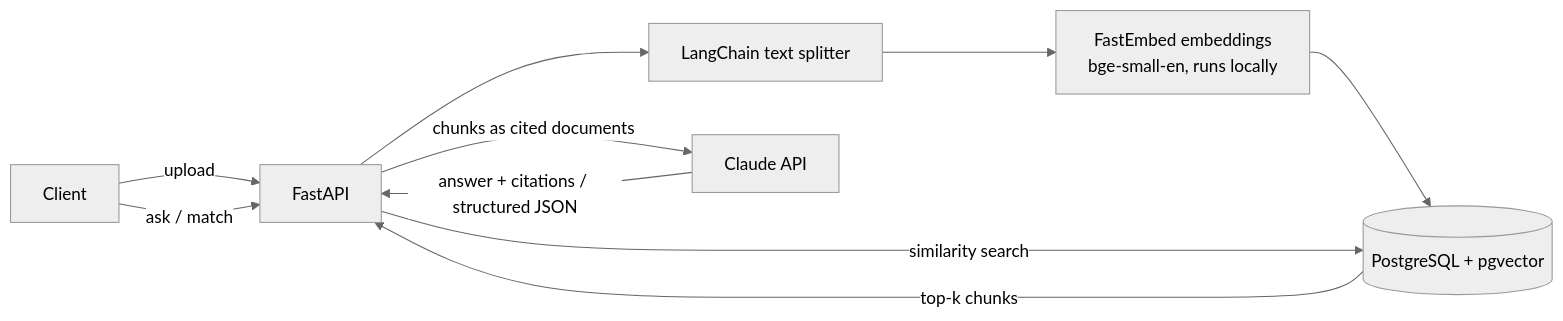
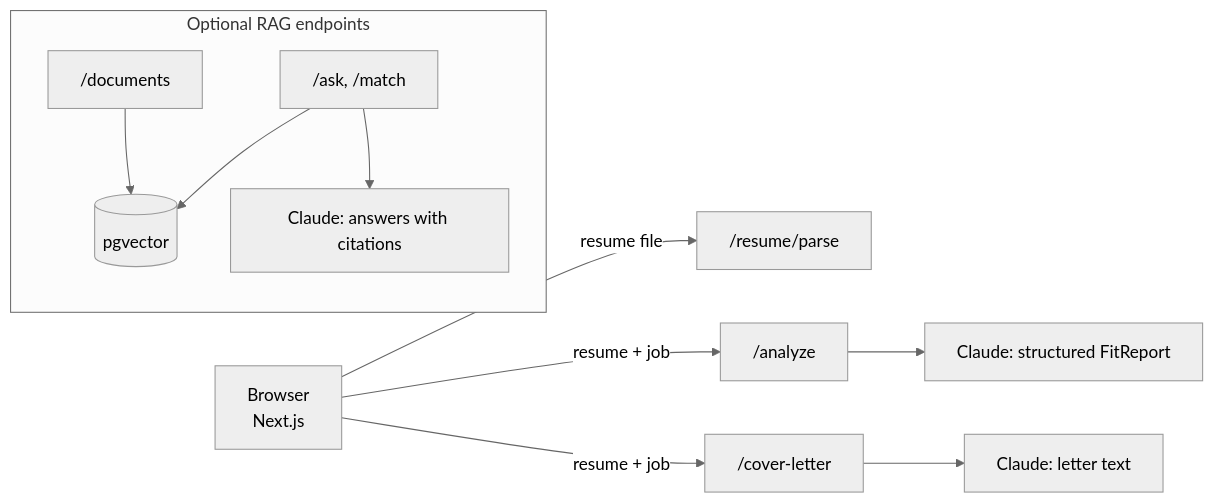
One commit to PrakashNpn/jobfit-ai changed the diagram in README.md. Above: the diagram before and after it, drawn with Mermaid (neutral theme). The commit also changed other lines of this file and 34 other files, not shown here.

````diff
--- a/README.md
+++ b/README.md
@@ -21,12 +32,13 @@
 ```mermaid
 flowchart LR
-    U[Client] -->|upload| API[FastAPI]
-    API --> S[LangChain text splitter]
-    S --> E[FastEmbed embeddings<br/>bge-small-en, runs locally]
-    E --> DB[(PostgreSQL + pgvector)]
-    U -->|ask / match| API
-    API -->|similarity search| DB
-    DB -->|top-k chunks| API
-    API -->|chunks as cited documents| C[Claude API]
-    C -->|answer + citations / structured JSON| API
+    B[Browser<br/>Next.js] -->|resume file| P["/resume/parse"]
+    B -->|resume + job| A["/analyze"]
+    B -->|resume + job| L["/cover-letter"]
+    A --> C[Claude: structured FitReport]
+    L --> C2[Claude: letter text]
+    subgraph RAG["Optional RAG endpoints"]
+      D["/documents"] --> V[(pgvector)]
+      Q["/ask, /match"] --> V
+      Q --> C3[Claude: answers with citations]
+    end
 ```
````
